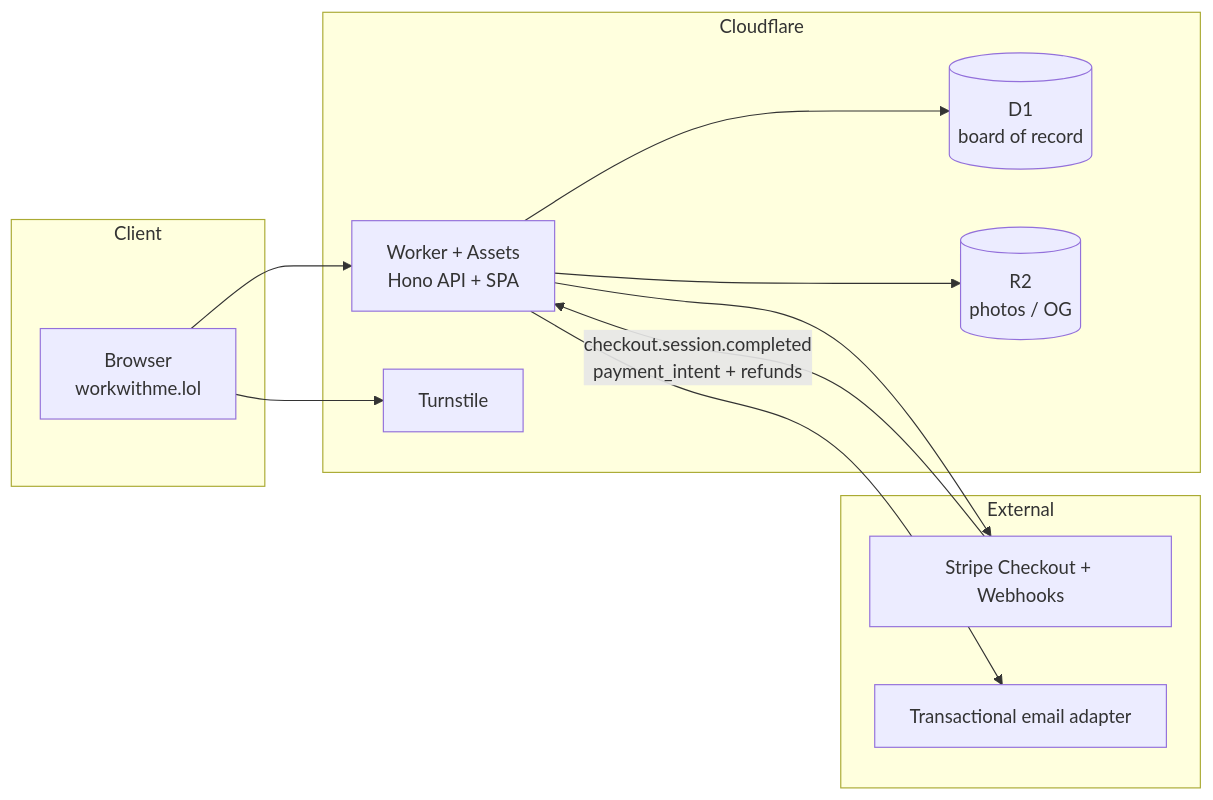
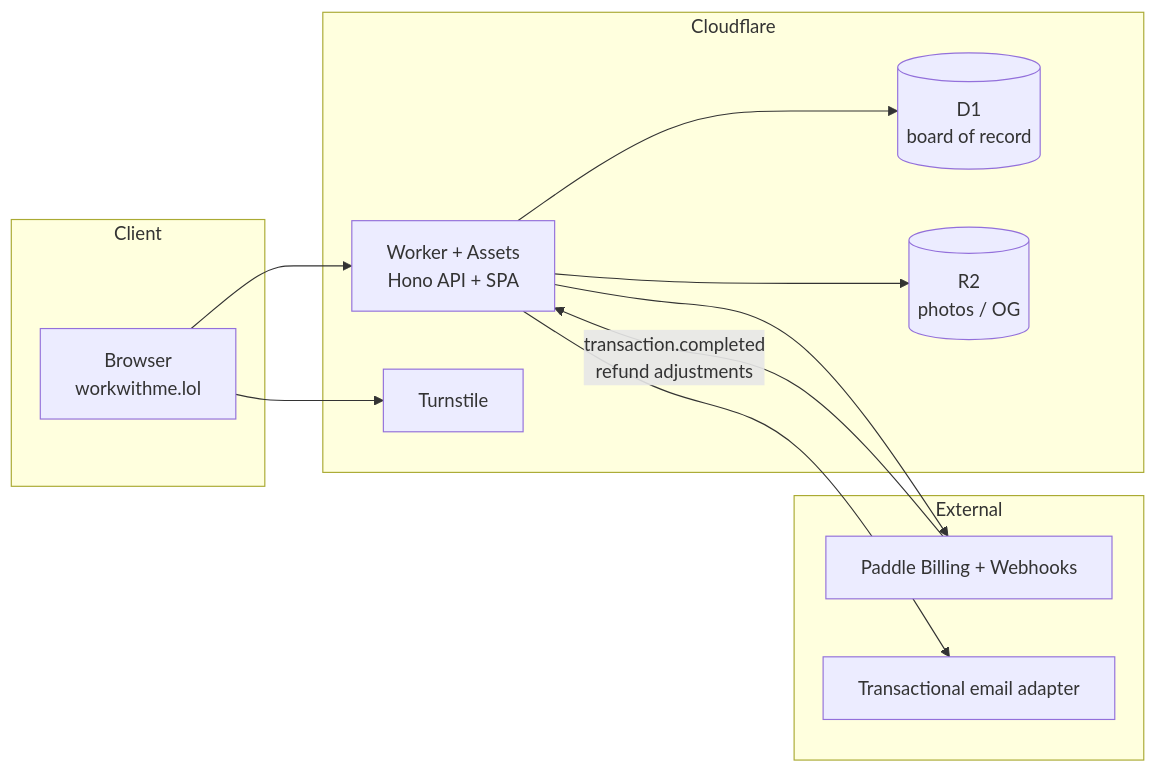
Before and after one commit to travisrr/hireme-lol: the first of 2 diagrams in ARCHITECTURE.md, drawn with Mermaid. The commit also changed other lines of this file and 28 other files, not shown here.

````diff
--- a/ARCHITECTURE.md
+++ b/ARCHITECTURE.md
@@ -56,26 +56,26 @@
 ```mermaid
 flowchart LR
   subgraph Client
     Browser["Browser\nworkwithme.lol"]
   end
 
   subgraph CF["Cloudflare"]
     Worker["Worker + Assets\nHono API + SPA"]
     D1[("D1\nboard of record")]
     R2[("R2\nphotos / OG")]
     Turnstile[Turnstile]
   end
 
   subgraph External
-    Stripe[Stripe Checkout + Webhooks]
+    Paddle[Paddle Billing + Webhooks]
     Email[Transactional email adapter]
   end
 
   Browser --> Turnstile
   Browser --> Worker
   Worker --> D1
   Worker --> R2
-  Worker --> Stripe
+  Worker --> Paddle
   Worker --> Email
-  Stripe -->|checkout.session.completed\npayment_intent + refunds| Worker
+  Paddle -->|transaction.completed\nrefund adjustments| Worker
 ```
````
